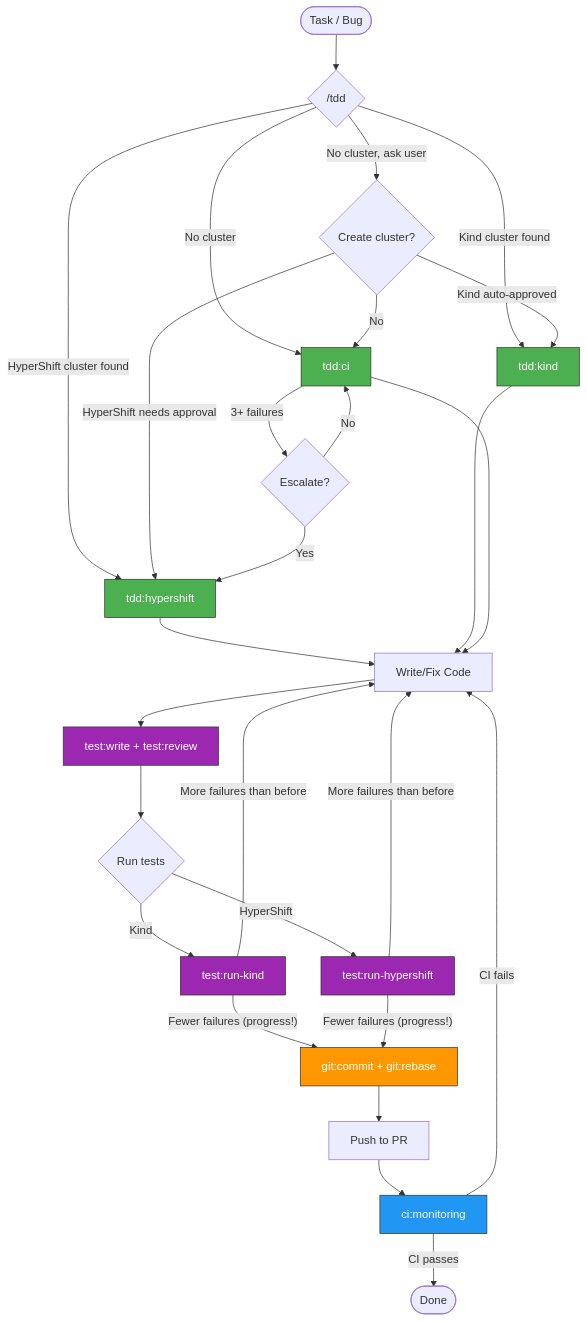
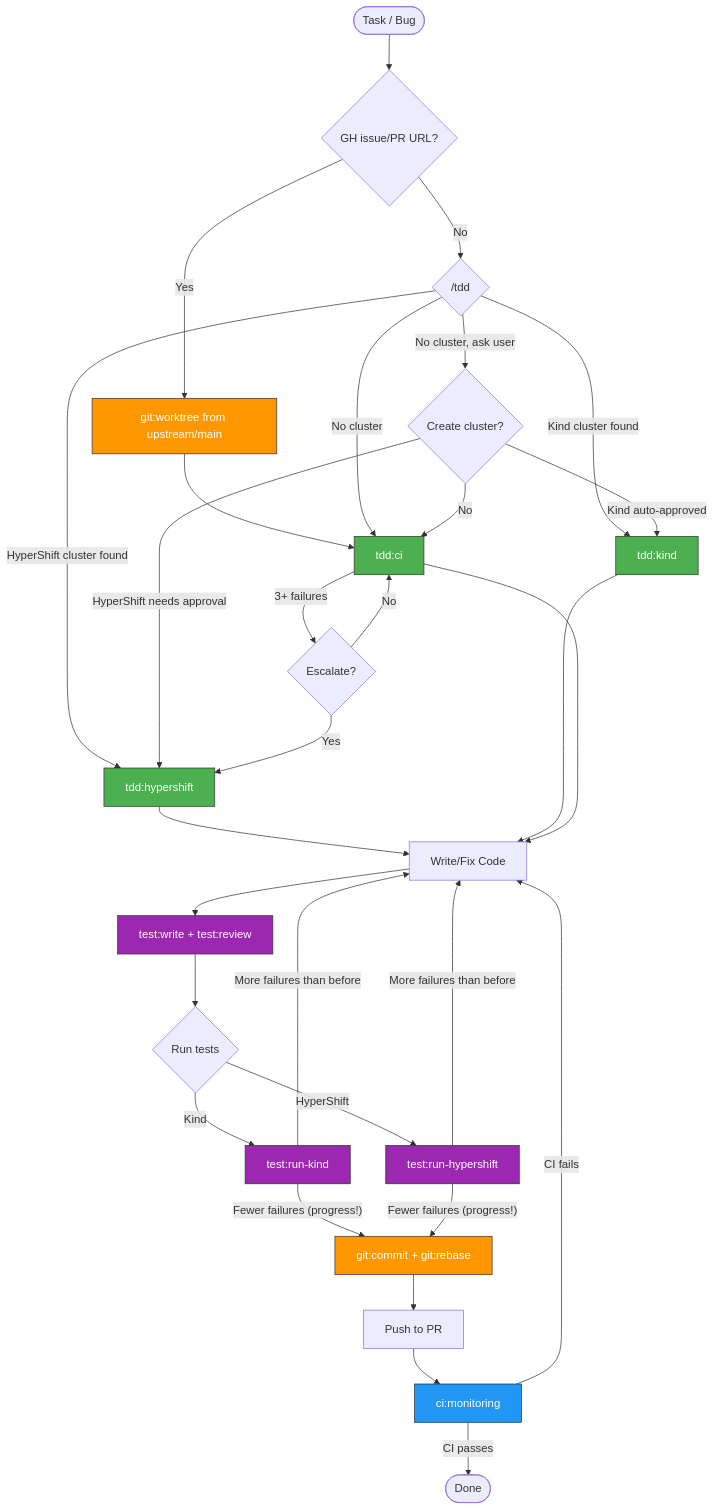
Before and after one commit to pdettori/kagenti: the first of 8 diagrams in .claude/skills/README.md, drawn with Mermaid. The commit also changed 3 other files, not shown here.

First line of the commit message:
🌱 Add worktree-first workflow to tdd:ci and update TDD diagram

````diff
--- a/.claude/skills/README.md
+++ b/.claude/skills/README.md
@@ -52,37 +52,40 @@
 ```mermaid
 flowchart TD
-    START([Task / Bug]) --> TDD{"/tdd"}
+    START([Task / Bug]) --> HASURL{"GH issue/PR URL?"}
+    HASURL -->|Yes| WORKTREE["git:worktree from upstream/main"]:::git
+    WORKTREE --> CI["tdd:ci"]:::tdd
+    HASURL -->|No| TDD{"/tdd"}
     TDD -->|HyperShift cluster found| HS["tdd:hypershift"]:::tdd
     TDD -->|Kind cluster found| KIND["tdd:kind"]:::tdd
-    TDD -->|No cluster| CI["tdd:ci"]:::tdd
+    TDD -->|No cluster| CI
     TDD -->|No cluster, ask user| CREATE{"Create cluster?"}
     CREATE -->|Kind auto-approved| KIND
     CREATE -->|HyperShift needs approval| HS
     CREATE -->|No| CI
 
     CI -->|"3+ failures"| ESCALATE{"Escalate?"}
     ESCALATE -->|Yes| HS
     ESCALATE -->|No| CI
 
     HS --> CODE[Write/Fix Code]
     KIND --> CODE
     CI --> CODE
 
     CODE --> TESTLOOP["test:write + test:review"]:::test
     TESTLOOP --> RUN{Run tests}
     RUN -->|Kind| RUNKIND["test:run-kind"]:::test
     RUN -->|HyperShift| RUNHS["test:run-hypershift"]:::test
     RUNKIND -->|More failures than before| CODE
     RUNHS -->|More failures than before| CODE
     RUNKIND -->|"Fewer failures (progress!)"| COMMIT["git:commit + git:rebase"]:::git
     RUNHS -->|"Fewer failures (progress!)"| COMMIT
     COMMIT --> PUSH[Push to PR]
     PUSH --> MONITOR["ci:monitoring"]:::ci
     MONITOR -->|CI passes| DONE([Done])
     MONITOR -->|CI fails| CODE
 
     classDef tdd fill:#4CAF50,stroke:#333,color:white
     classDef test fill:#9C27B0,stroke:#333,color:white
     classDef git fill:#FF9800,stroke:#333,color:white
     classDef ci fill:#2196F3,stroke:#333,color:white
 ```
````
